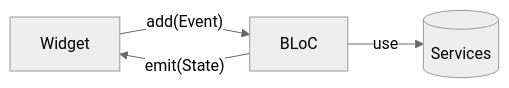
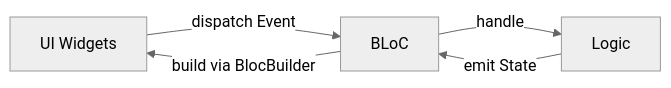
One commit to mraj555/BlocLabs changed the first of 3 diagrams in README.md. Above: the diagram before and after it, drawn with Mermaid (neutral theme). The commit also changed other lines of this file, not shown here.

````diff
--- a/README.md
+++ b/README.md
@@ -65,6 +248,7 @@
 ```mermaid
 flowchart LR
-  UI[Widget] -- add(Event) --> BLoC
-  BLoC -- emit(State) --> UI
-  BLoC -- use --> Utils[(Services)]
+  UI[UI Widgets] -- dispatch Event --> BLoC
+  BLoC -- handle --> Logic
+  Logic -- emit State --> BLoC
+  BLoC -- build via BlocBuilder --> UI
 ```
````
